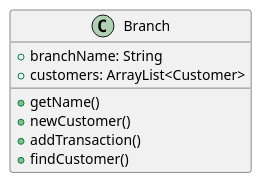
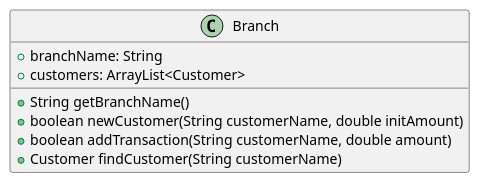
The diagram in src/uk/co/rosslyn/ted/Branch.puml (tedrosslyn/BankingCLI), drawn with PlantUML before and after one commit. The commit also changed 3 other files, not shown here.

```diff
--- a/src/uk/co/rosslyn/ted/Branch.puml
+++ b/src/uk/co/rosslyn/ted/Branch.puml
@@ -1,13 +1,13 @@
 @startuml
 
 
 class Branch {
     +branchName: String
     +customers: ArrayList<Customer>
-    +getName()
-    +newCustomer()
-    +addTransaction()
-    +findCustomer()
+    +String getBranchName()
+    +boolean newCustomer(String customerName, double initAmount)
+    +boolean addTransaction(String customerName, double amount)
+    +Customer findCustomer(String customerName)
     }
 
 @enduml
```
